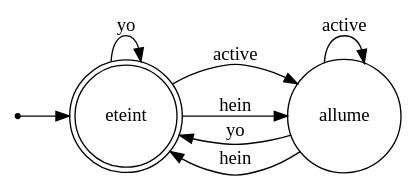
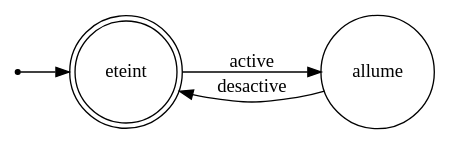
The diagram in Compilator/code.gv (mineosx29/wasm-as-ensta), drawn with Graphviz before and after one commit. The commit also changed 5 other files, not shown here.

```diff
--- a/Compilator/code.gv
+++ b/Compilator/code.gv
@@ -1,15 +1,11 @@
-digraph dhuzhduz{
+digraph lampe{
 rankdir=LR;
 size="8,5"
 node [shape = doublecircle];eteint;
 node [shape = point ]; qi
 node [shape = circle];
 qi -> eteint;
 node [shape = circle];allume;
 eteint -> allume [ label = "active"];
-eteint -> eteint [ label = "yo"];
-eteint -> allume [ label = "hein"];
-allume -> eteint [ label = "yo"];
-allume -> allume [ label = "active"];
-allume -> eteint [ label = "hein"];
+allume -> eteint [ label = "desactive"];
 }
```
